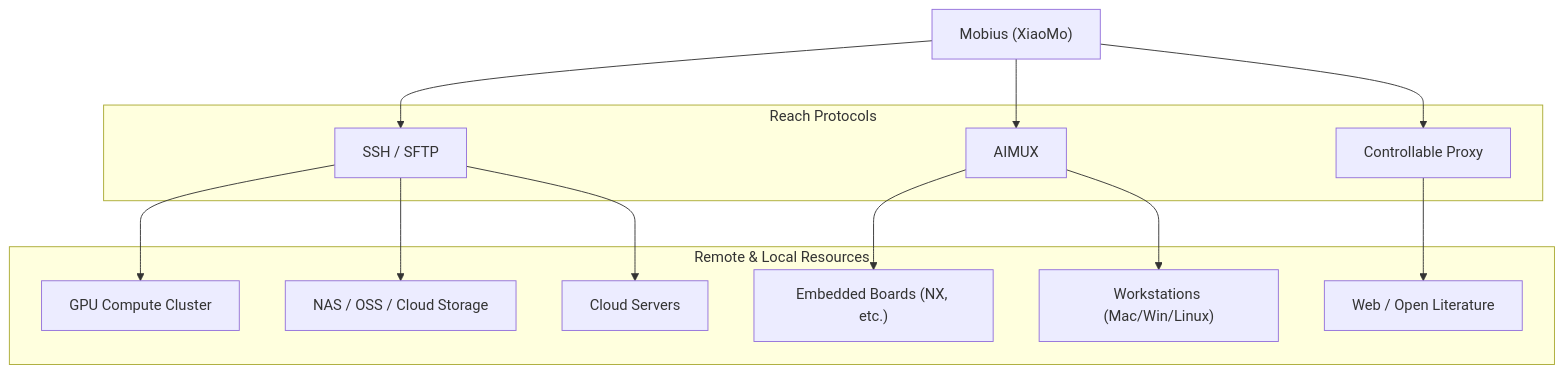
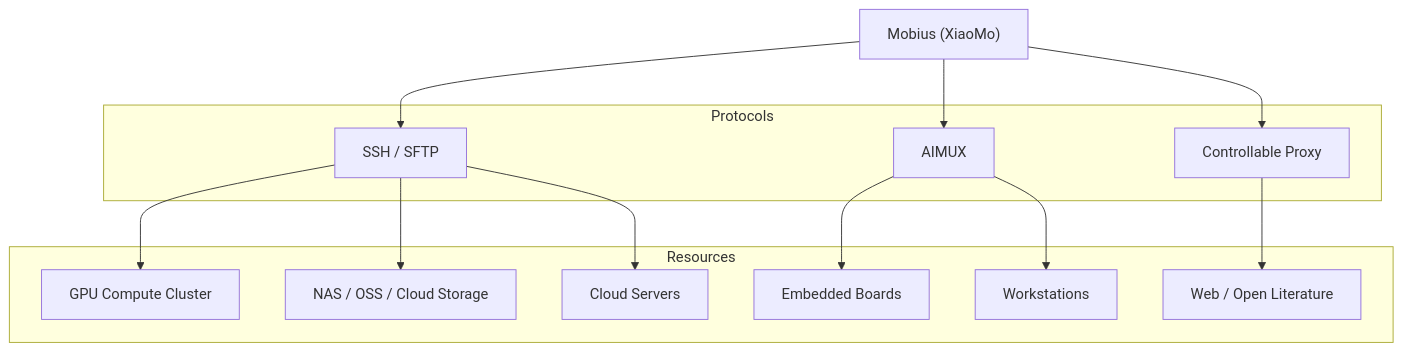
The diagram in README.md (nutshellai-tech/mobius), drawn with Mermaid before and after one commit. The commit also changed other lines of this file, not shown here.

Commit message:
Trim README: confident tone, local assets only, remove external images/videos (精简 README：自信坚定的语气，仅用本地素材，移除外部图片/视频)

````diff
--- a/README.md
+++ b/README.md
@@ -108,24 +84,24 @@
 ```mermaid
 flowchart TD
   M["Mobius (XiaoMo)"]
 
-  subgraph P["Reach Protocols"]
+  subgraph P["Protocols"]
     SSH["SSH / SFTP"]
     AIMUX["AIMUX"]
     PROXY["Controllable Proxy"]
   end
 
-  subgraph R["Remote & Local Resources"]
+  subgraph R["Resources"]
     GPU["GPU Compute Cluster"]
-    NX["Embedded Boards (NX, etc.)"]
+    NX["Embedded Boards"]
     NAS["NAS / OSS / Cloud Storage"]
     CLOUD["Cloud Servers"]
-    PC["Workstations (Mac/Win/Linux)"]
+    PC["Workstations"]
     NET["Web / Open Literature"]
   end
 
   M --> SSH & AIMUX & PROXY
   SSH --> GPU & NAS & CLOUD
   AIMUX --> NX & PC
   PROXY --> NET
 ```
````
